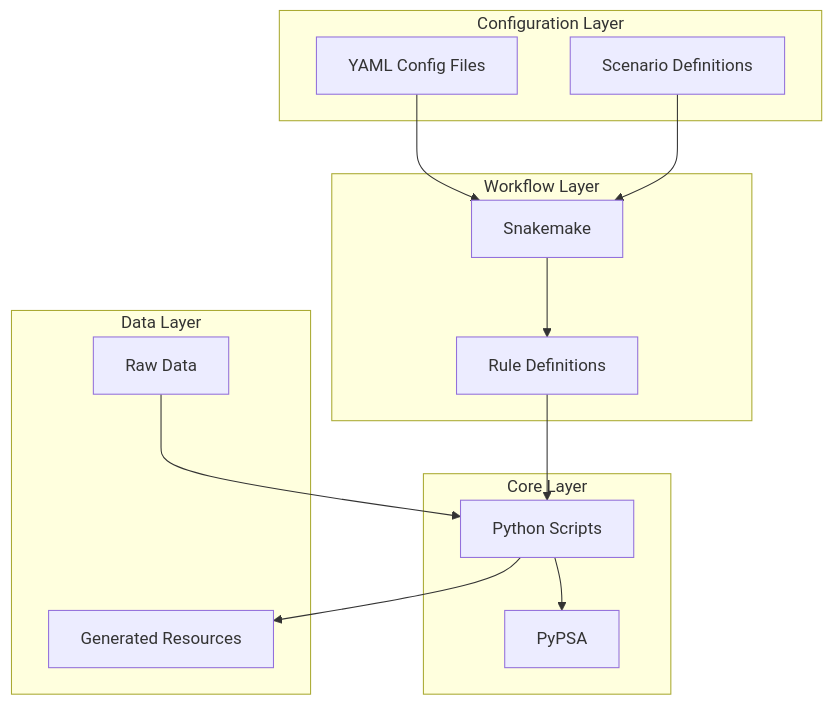
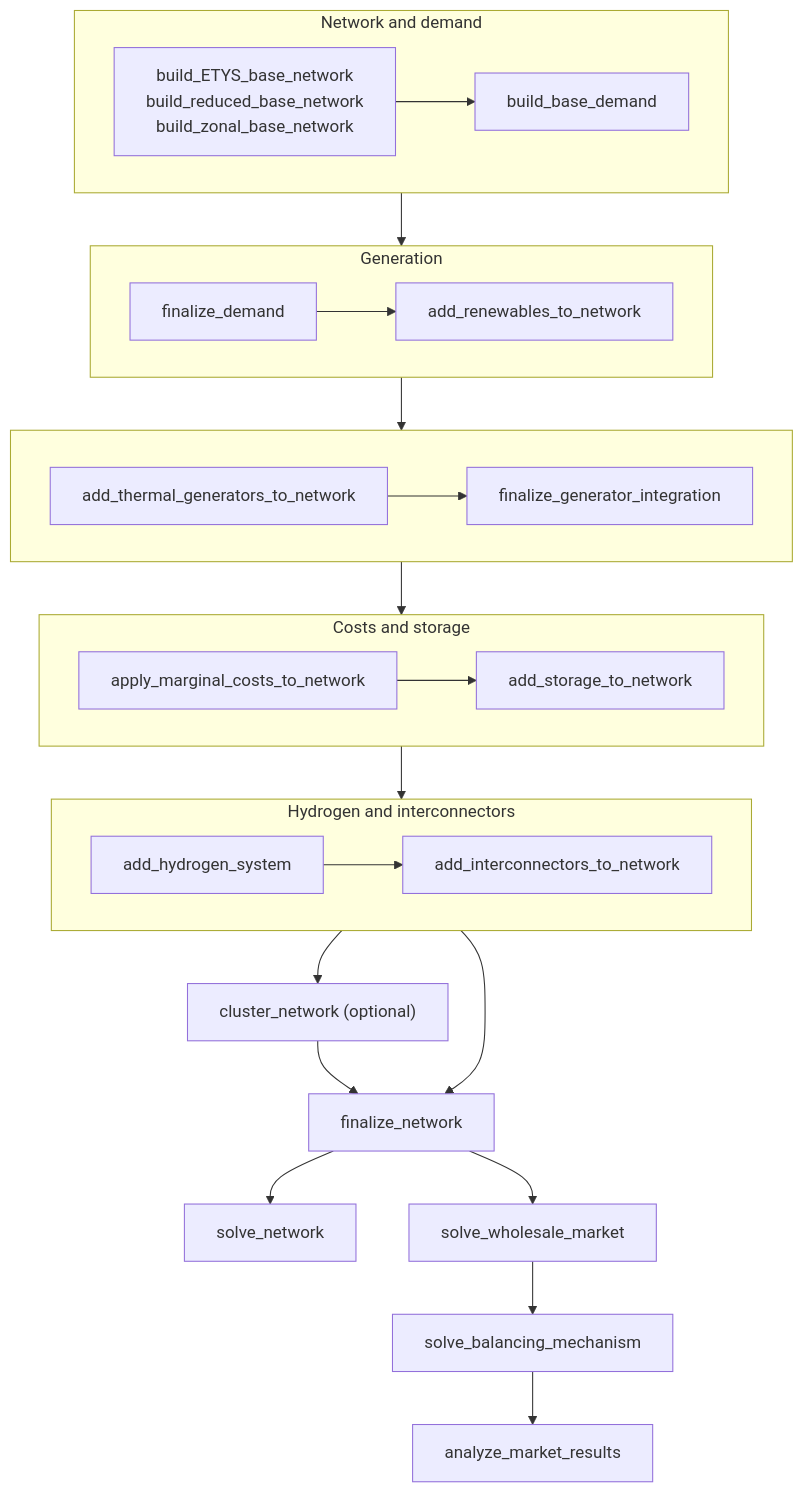
One commit to andrewlyden/PyPSA-GB changed the diagram in docs/source/development/architecture.md. Above: the diagram before and after it, drawn with Mermaid. The commit also changed other lines of this file and 2593 other files, not shown here.

````diff
--- a/docs/source/development/architecture.md
+++ b/docs/source/development/architecture.md
@@ -7,30 +35,31 @@
 ```{mermaid}
-flowchart TB
-    subgraph Config["Configuration Layer"]
-        YAML["YAML Config Files"]
-        SCENARIOS["Scenario Definitions"]
+flowchart TD
+    subgraph r1["Network and demand"]
+        direction LR
+        A["build_ETYS_base_network<br/>build_reduced_base_network<br/>build_zonal_base_network"] --> B["build_base_demand"]
     end
-    
-    subgraph Workflow["Workflow Layer"]
-        SNAKE["Snakemake"]
-        RULES["Rule Definitions"]
+    subgraph r2["Generation"]
+        direction LR
+        C["finalize_demand"] --> D["add_renewables_to_network"]
     end
-    
-    subgraph Core["Core Layer"]
-        SCRIPTS["Python Scripts"]
-        PYPSA["PyPSA"]
+    subgraph r3[" "]
+        direction LR
+        E["add_thermal_generators_to_network"] --> F["finalize_generator_integration"]
     end
-    
-    subgraph Data["Data Layer"]
-        RAW["Raw Data"]
-        RESOURCES["Generated Resources"]
+    subgraph r4["Costs and storage"]
+        direction LR
+        G["apply_marginal_costs_to_network"] --> H["add_storage_to_network"]
     end
-    
-    YAML --> SNAKE
-    SCENARIOS --> SNAKE
-    SNAKE --> RULES
-    RULES --> SCRIPTS
-    SCRIPTS --> PYPSA
-    RAW --> SCRIPTS
-    SCRIPTS --> RESOURCES
+    subgraph r5["Hydrogen and interconnectors"]
+        direction LR
+        I["add_hydrogen_system"] --> J["add_interconnectors_to_network"]
+    end
+    r1 --> r2 --> r3 --> r4 --> r5
+    r5 --> K["cluster_network (optional)"]
+    r5 --> L["finalize_network"]
+    K --> L
+    L --> M["solve_network"]
+    L --> N["solve_wholesale_market"]
+    N --> O["solve_balancing_mechanism"]
+    O --> P["analyze_market_results"]
 ```
````
